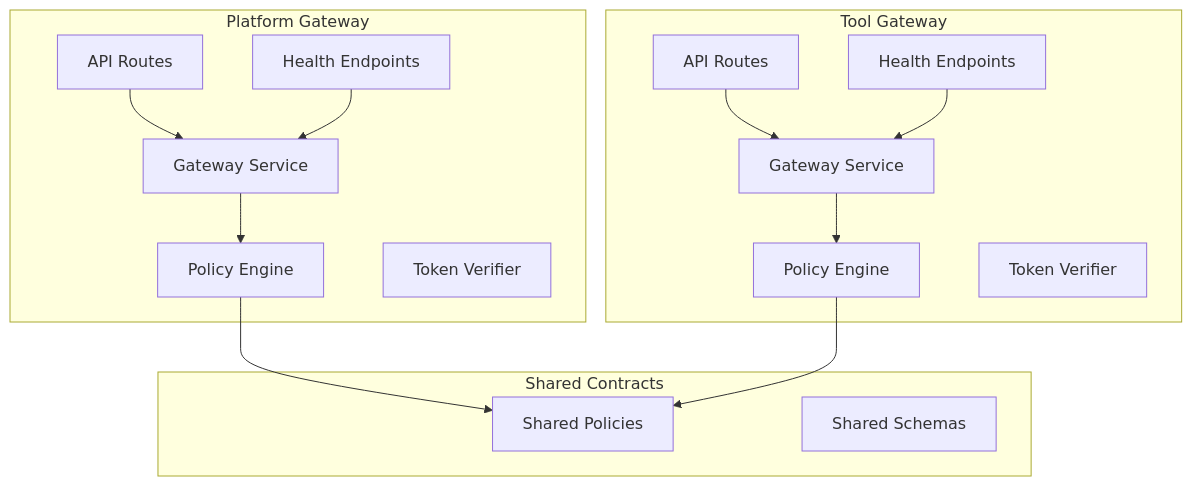
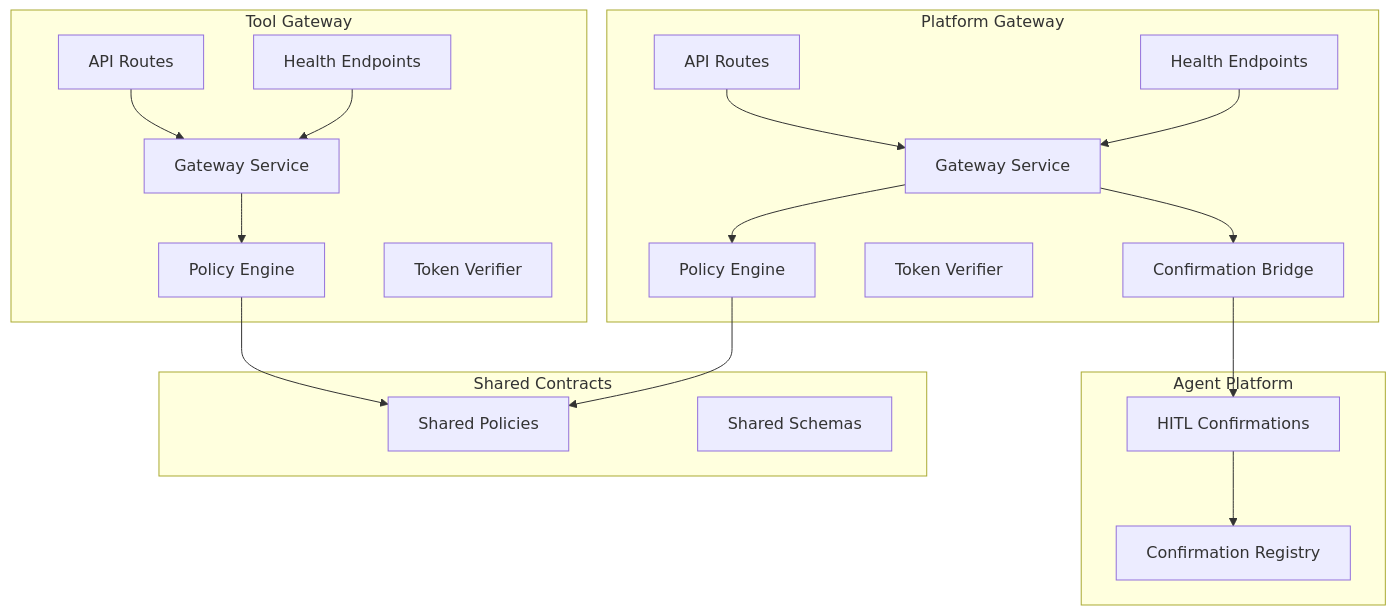
The first of 4 diagrams in .qoder/repowiki/en/content/Tool Gateway Service/Policy Engine and Enforcement.md (metasync/luban-aiops), drawn with Mermaid before and after one commit. The commit also changed other lines of this file and 7 other files, not shown here.

````diff
--- a/.qoder/repowiki/en/content/Tool Gateway Service/Policy Engine and Enforcement.md
+++ b/.qoder/repowiki/en/content/Tool Gateway Service/Policy Engine and Enforcement.md
@@ -50,29 +52,37 @@
 ```mermaid
 graph TB
 subgraph "Platform Gateway"
 PG_API["API Routes"]
 PG_GS["Gateway Service"]
 PG_PE["Policy Engine"]
 PG_TV["Token Verifier"]
 PG_HEALTH["Health Endpoints"]
+PG_CB["Confirmation Bridge"]
 end
 subgraph "Tool Gateway"
 TG_API["API Routes"]
 TG_GS["Gateway Service"]
 TG_PE["Policy Engine"]
 TG_TV["Token Verifier"]
 TG_HEALTH["Health Endpoints"]
 end
+subgraph "Agent Platform"
+AP_HITL["HITL Confirmations"]
+AP_REGISTRY["Confirmation Registry"]
+end
 subgraph "Shared Contracts"
 SHARED_POLICIES["Shared Policies"]
 SHARED_SCHEMAS["Shared Schemas"]
 end
 PG_API --> PG_GS
 PG_GS --> PG_PE
 PG_PE --> SHARED_POLICIES
+PG_GS --> PG_CB
+PG_CB --> AP_HITL
+AP_HITL --> AP_REGISTRY
 TG_API --> TG_GS
 TG_GS --> TG_PE
 TG_PE --> SHARED_POLICIES
 PG_HEALTH --> PG_GS
 TG_HEALTH --> TG_GS
 ```
````
